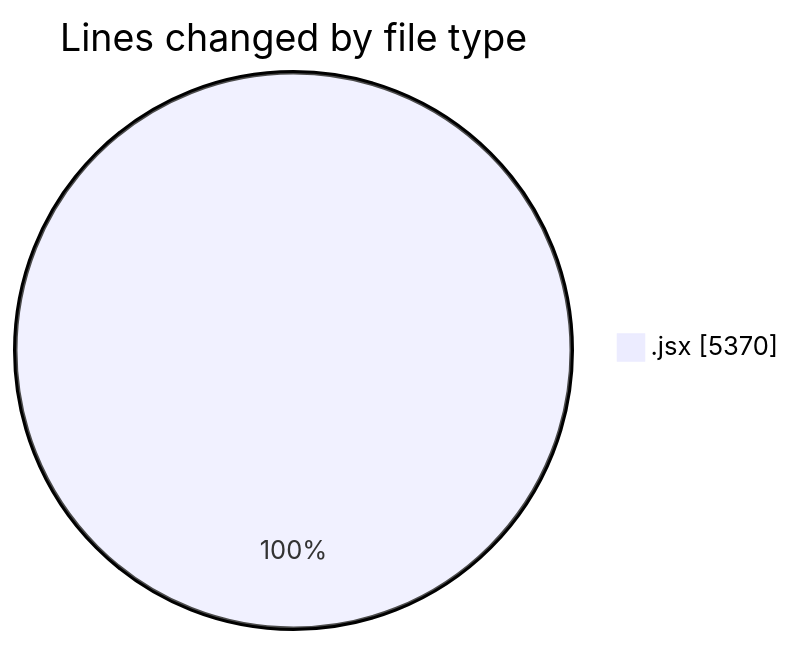
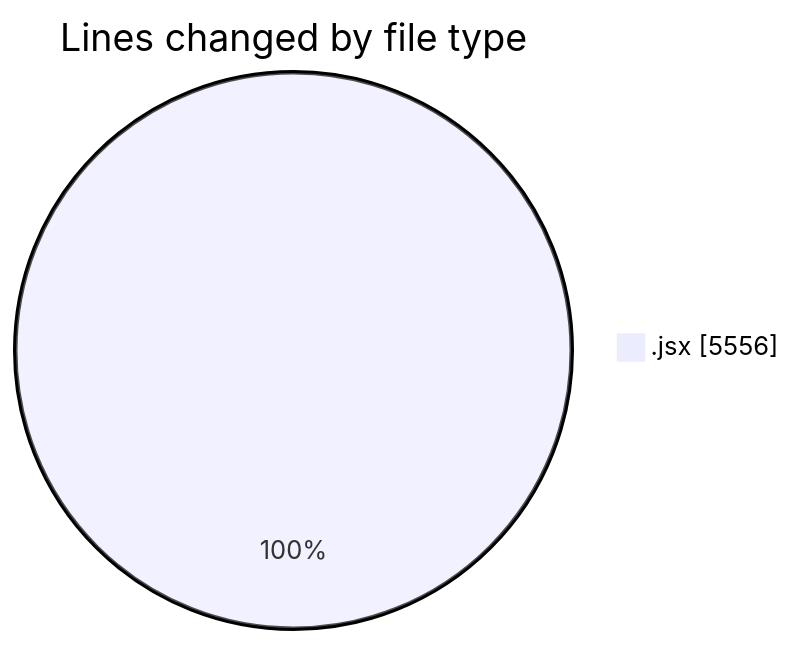
One commit to nxtqubesakshisongat/code-tracking changed the first of 2 diagrams in 2025-09-16/nxtqube_webapp/README.md. Above: the diagram before and after it, drawn with Mermaid. The commit also changed other lines of this file and 1 other file, not shown here.

````diff
--- a/2025-09-16/nxtqube_webapp/README.md
+++ b/2025-09-16/nxtqube_webapp/README.md
@@ -20,5 +21,5 @@
 ```mermaid
 pie showData
 title Lines changed by file type
-".jsx" : 5370
+".jsx" : 5556
 ```
````
